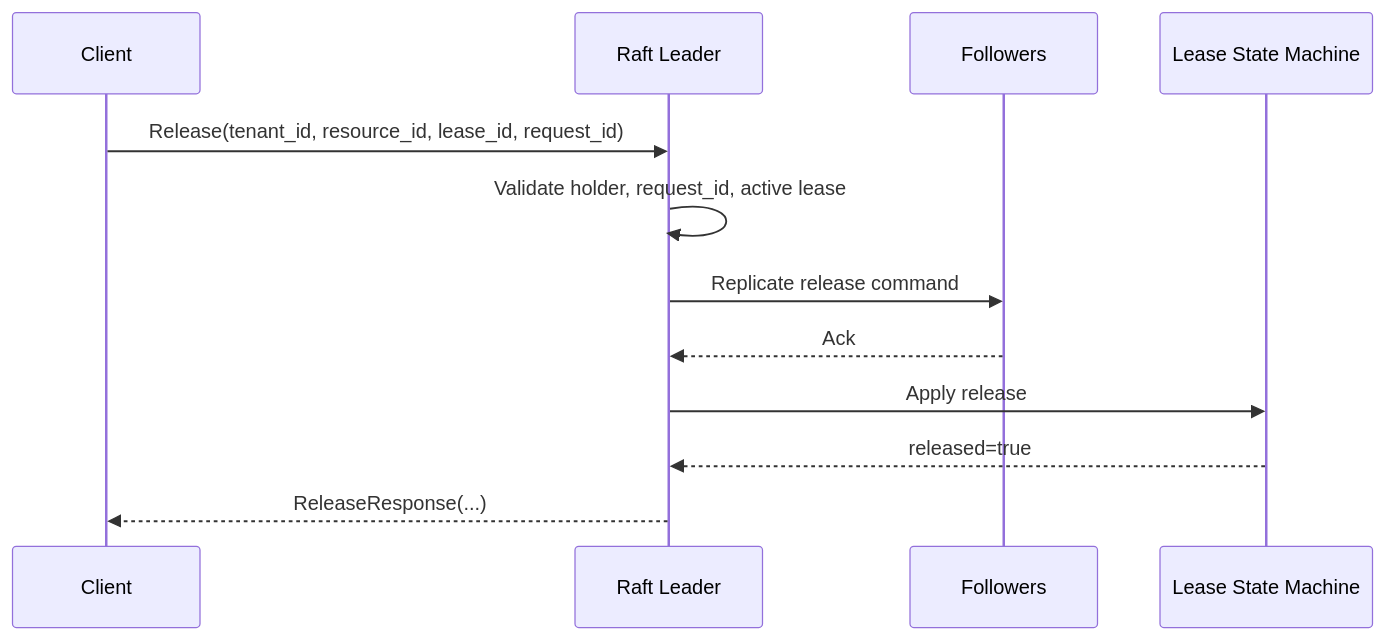
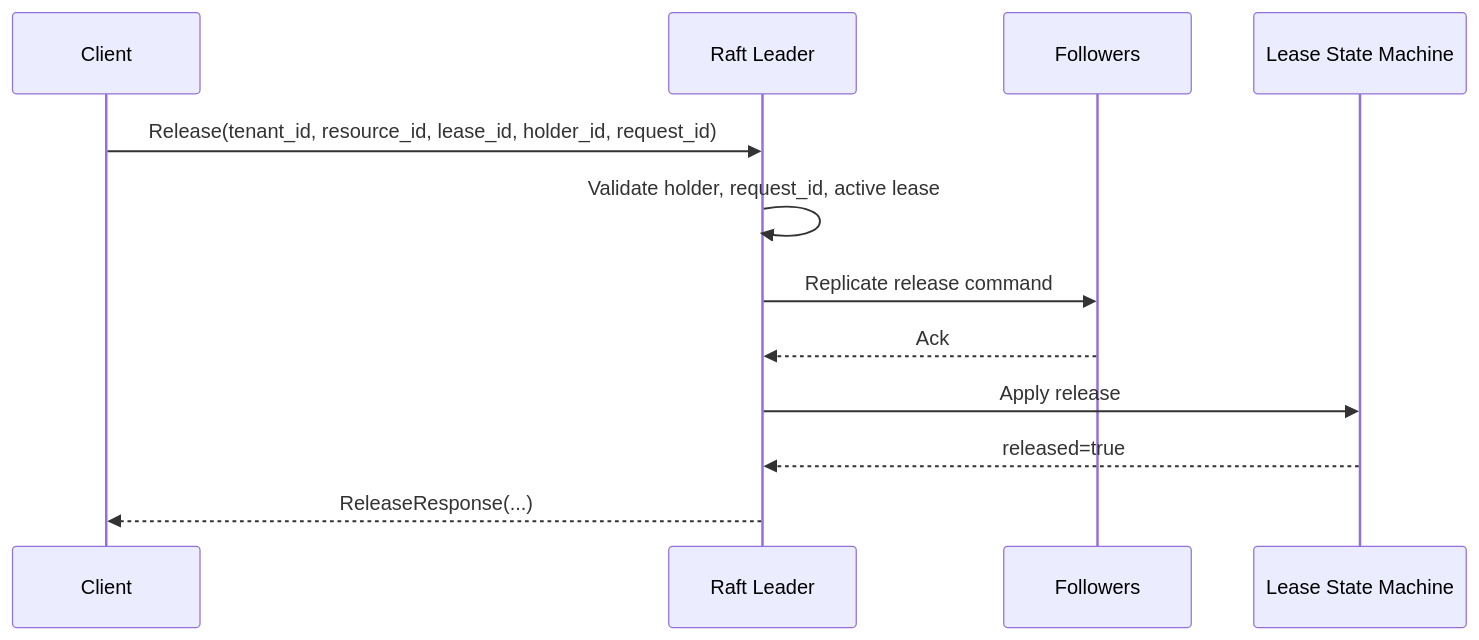
One commit to richrobertson/tenure changed the fifth of 12 diagrams in docs/diagrams/request-flow.md. Above: the diagram before and after it, drawn with Mermaid. The commit also changed other lines of this file, not shown here.

Commit message:
Fix request-flow diagram accuracy

````diff
--- a/docs/diagrams/request-flow.md
+++ b/docs/diagrams/request-flow.md
@@ -75,15 +75,15 @@
 ```mermaid
 sequenceDiagram
     participant C as Client
     participant L as Raft Leader
     participant F as Followers
     participant SM as Lease State Machine
 
-    C->>L: Release(tenant_id, resource_id, lease_id, request_id)
+    C->>L: Release(tenant_id, resource_id, lease_id, holder_id, request_id)
     L->>L: Validate holder, request_id, active lease
     L->>F: Replicate release command
     F-->>L: Ack
     L->>SM: Apply release
     SM-->>L: released=true
     L-->>C: ReleaseResponse(...)
 ```
````
